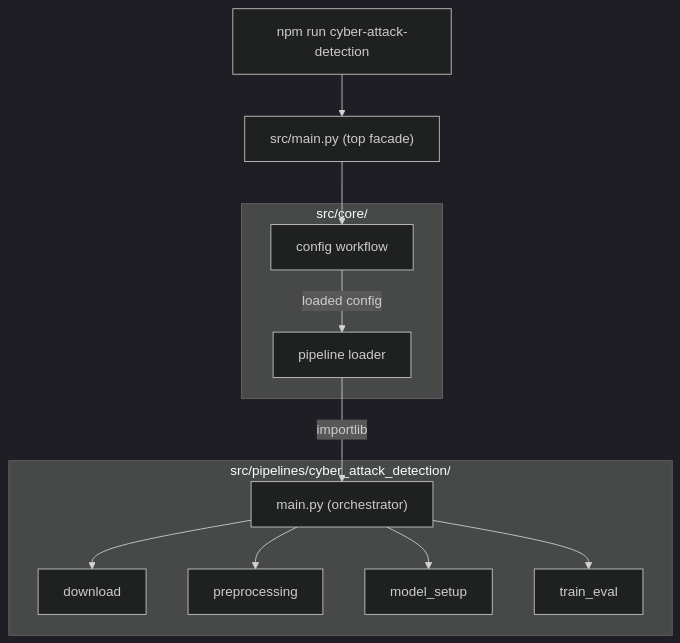
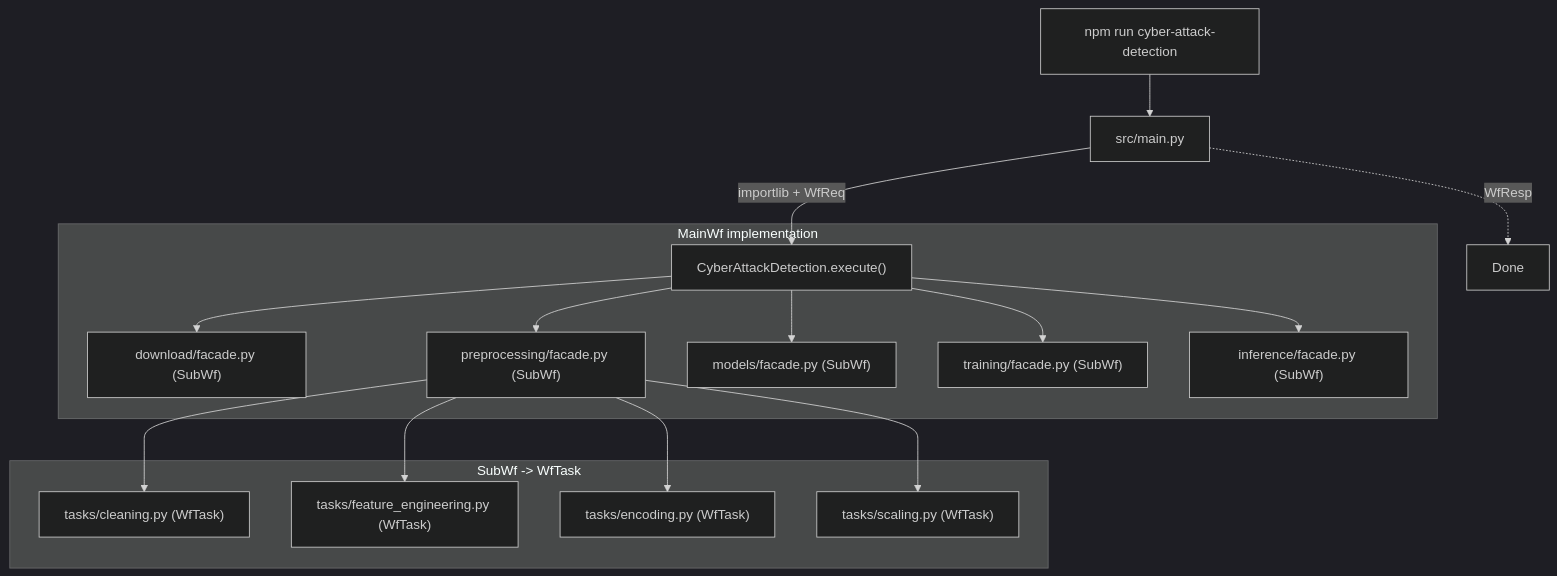
Before and after one commit to javakishore-veleti/Threat-Detection-Model-DeepLearning: the second of 3 diagrams in PyTorch_Project_Structure.md, drawn with Mermaid (dark theme). The commit also changed other lines of this file and 30 other files, not shown here.

Commit message:
Initial modules structure for cyber_attack_detection model

````diff
--- a/PyTorch_Project_Structure.md
+++ b/PyTorch_Project_Structure.md
@@ -77,24 +133,22 @@
 ```mermaid
 flowchart TD
-    NPM["npm run cyber-attack-detection"] --> MAIN["src/main.py (top facade)"]
-    MAIN --> CW["core/config.py"]
-    CW -->|"loaded config"| DISC["core/loader.py"]
-    DISC -->|"importlib"| PMAIN["pipeline/main.py (orchestrator)"]
-    PMAIN --> SW1["download"]
-    PMAIN --> SW2["preprocessing"]
-    PMAIN --> SW3["model_setup"]
-    PMAIN --> SW4["train_eval"]
+    NPM["npm run cyber-attack-detection"] --> MAIN["src/main.py"]
+    MAIN -->|"importlib + WfReq"| CAD["CyberAttackDetection.execute()"]
 
-    subgraph core [src/core/]
-        CW["config workflow"]
-        DISC["pipeline loader"]
+    subgraph pipeline [MainWf implementation]
+        CAD --> DL["download/facade.py (SubWf)"]
+        CAD --> PP["preprocessing/facade.py (SubWf)"]
+        CAD --> MD["models/facade.py (SubWf)"]
+        CAD --> TR["training/facade.py (SubWf)"]
+        CAD --> INF["inference/facade.py (SubWf)"]
     end
 
-    subgraph app [src/pipelines/cyber_attack_detection/]
-        PMAIN["main.py (orchestrator)"]
-        SW1
-        SW2
-        SW3
-        SW4
+    subgraph subwf [SubWf -> WfTask]
+        PP --> T1["tasks/cleaning.py (WfTask)"]
+        PP --> T2["tasks/feature_engineering.py (WfTask)"]
+        PP --> T3["tasks/encoding.py (WfTask)"]
+        PP --> T4["tasks/scaling.py (WfTask)"]
     end
+
+    MAIN -.->|"WfResp"| DONE[Done]
 ```
````
